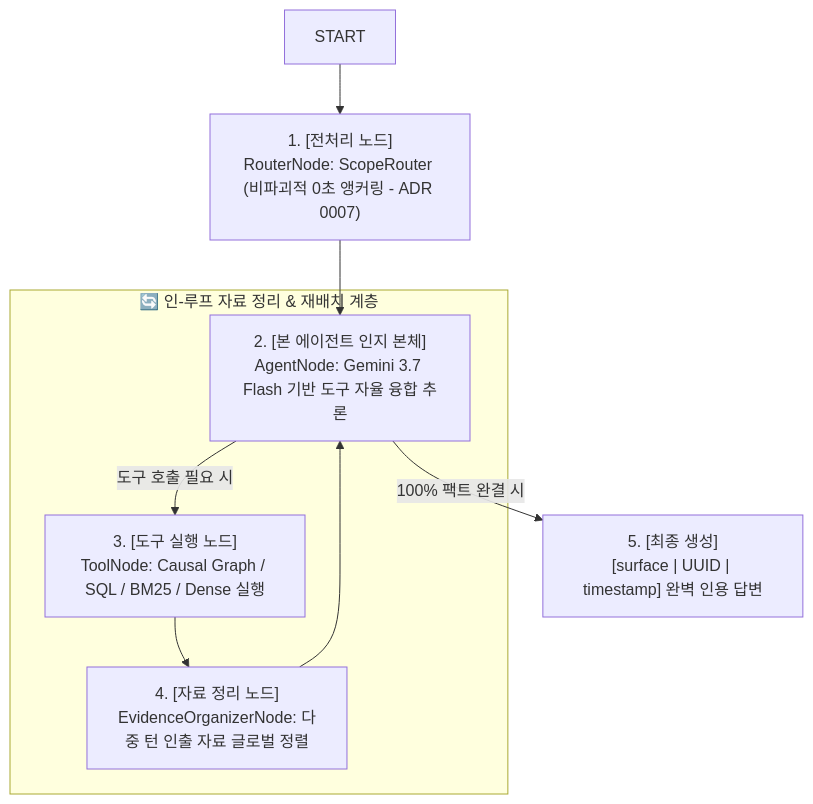
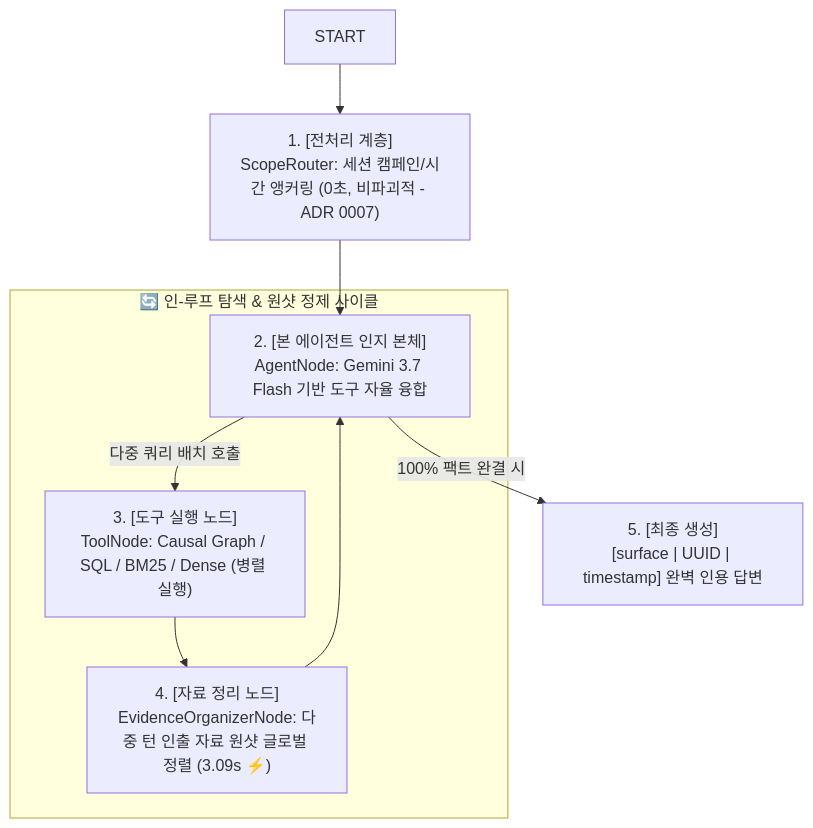
Before and after one commit to bbororo5/google_rapid_agent_hackaton: the second of 2 diagrams in docs/pull-request.md, drawn with Mermaid. The commit also changed other lines of this file, not shown here.

Commit message:
docs(pr): update PR description with V1-V3 evolution background, LangGraph in-loop architecture, and optimization benchmarks

````diff
--- a/docs/pull-request.md
+++ b/docs/pull-request.md
@@ -59,13 +36,13 @@
 ```mermaid
 flowchart TD
-    START --> Router["1. [전처리 노드]<br/>RouterNode: ScopeRouter (비파괴적 0초 앵커링 - ADR 0007)"]
-    Router --> Agent["2. [본 에이전트 인지 본체]<br/>AgentNode: Gemini 3.7 Flash 기반 도구 자율 융합 추론"]
+    START --> Router["1. [전처리 계층]<br/>ScopeRouter: 세션 캠페인/시간 앵커링 (0초, 비파괴적 - ADR 0007)"]
+    Router --> Agent["2. [본 에이전트 인지 본체]<br/>AgentNode: Gemini 3.7 Flash 기반 도구 자율 융합"]
     
-    subgraph InLoopOrganizer ["🔄 인-루프 자료 정리 & 재배치 계층"]
-        Agent -->|도구 호출 필요 시| Tools["3. [도구 실행 노드]<br/>ToolNode: Causal Graph / SQL / BM25 / Dense 실행"]
-        Tools --> Reranker["4. [자료 정리 노드]<br/>EvidenceOrganizerNode: 다중 턴 인출 자료 글로벌 정렬"]
+    subgraph CognitiveLoop ["🔄 인-루프 탐색 & 원샷 정제 사이클"]
+        Agent -->|다중 쿼리 배치 호출| Tools["3. [도구 실행 노드]<br/>ToolNode: Causal Graph / SQL / BM25 / Dense (병렬 실행)"]
+        Tools --> Reranker["4. [자료 정리 노드]<br/>EvidenceOrganizerNode: 다중 턴 인출 자료 원샷 글로벌 정렬 (3.09s ⚡)"]
         Reranker --> Agent
     end
     
     Agent -->|100% 팩트 완결 시| END["5. [최종 생성]<br/>[surface | UUID | timestamp] 완벽 인용 답변"]
 ```
````
